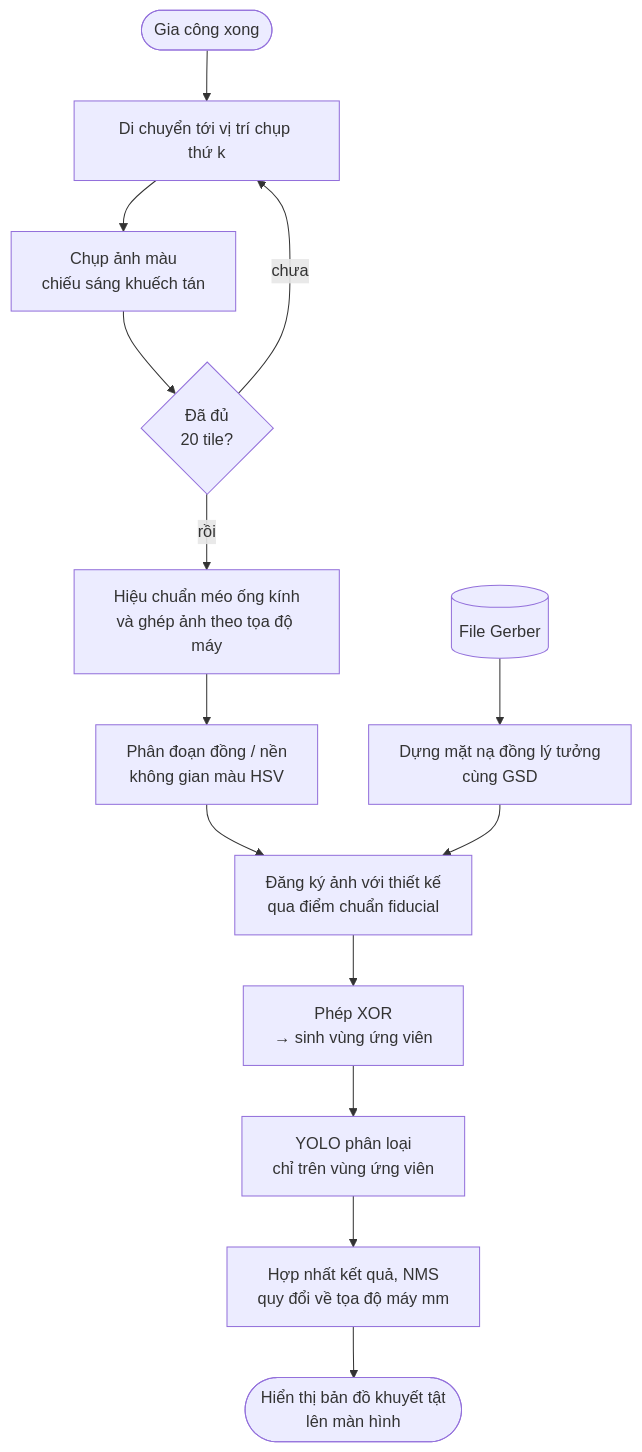
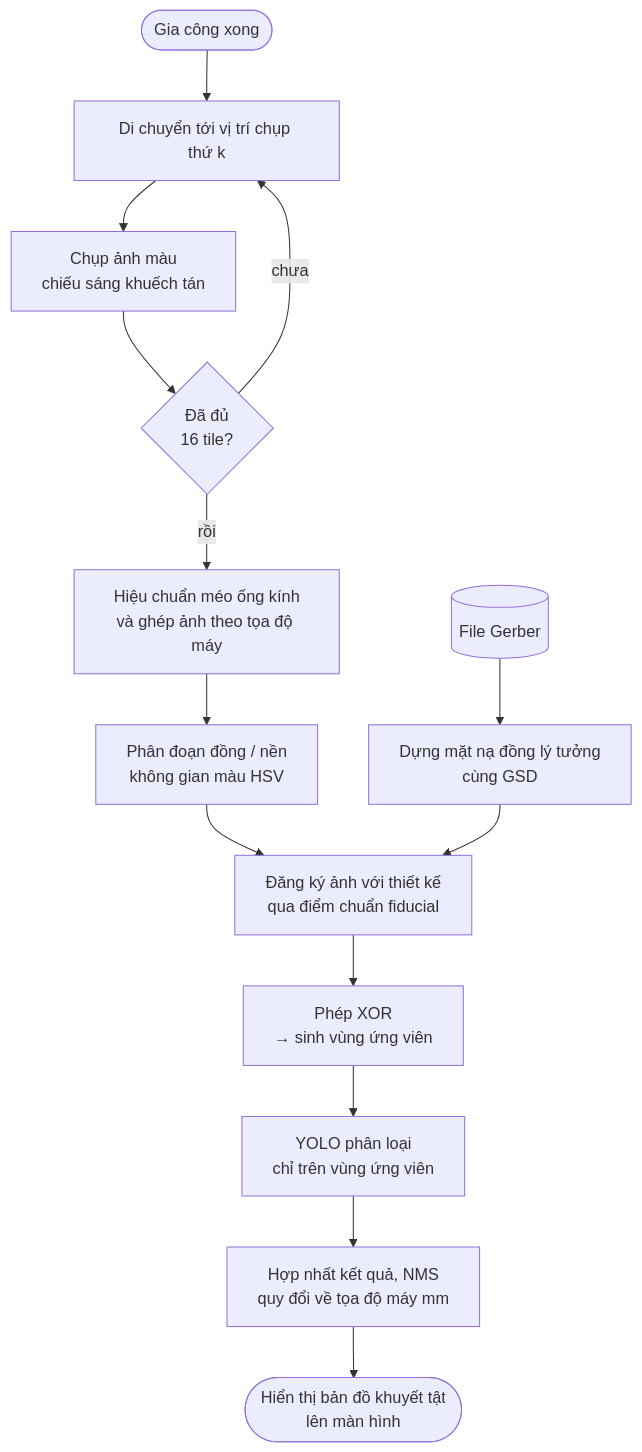
Before and after one commit to nguyentanphat1908-collab/IDE: the diagram in docs/kiem-tra-quang-hoc.md, drawn with Mermaid. The commit also changed other lines of this file and 4 other files, not shown here.

````diff
--- a/docs/kiem-tra-quang-hoc.md
+++ b/docs/kiem-tra-quang-hoc.md
@@ -148,16 +148,16 @@
 ```mermaid
 flowchart TD
     A([Gia công xong]) --> B[Di chuyển tới vị trí chụp thứ k]
     B --> C[Chụp ảnh màu<br/>chiếu sáng khuếch tán]
-    C --> D{Đã đủ<br/>20 tile?}
+    C --> D{Đã đủ<br/>16 tile?}
     D -- chưa --> B
     D -- rồi --> E[Hiệu chuẩn méo ống kính<br/>và ghép ảnh theo tọa độ máy]
     E --> F[Phân đoạn đồng / nền<br/>không gian màu HSV]
     G[(File Gerber)] --> H[Dựng mặt nạ đồng lý tưởng<br/>cùng GSD]
     F --> I[Đăng ký ảnh với thiết kế<br/>qua điểm chuẩn fiducial]
     H --> I
     I --> J[Phép XOR<br/>→ sinh vùng ứng viên]
     J --> K[YOLO phân loại<br/>chỉ trên vùng ứng viên]
     K --> L[Hợp nhất kết quả, NMS<br/>quy đổi về tọa độ máy mm]
     L --> M([Hiển thị bản đồ khuyết tật<br/>lên màn hình])
 ```
````
